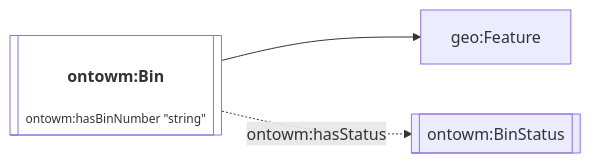
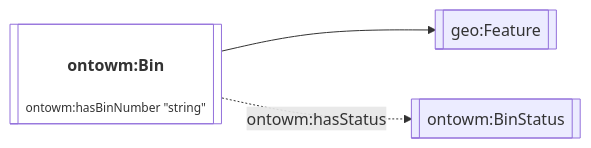
One commit to cambridge-cares/TheWorldAvatar changed diagram 13 of 13 in JPS_Ontology/ontology/ontowastemanagement/README.md. Above: the diagram before and after it, drawn with Mermaid. The commit also changed other lines of this file and 2 other files, not shown here.

````diff
--- a/JPS_Ontology/ontology/ontowastemanagement/README.md
+++ b/JPS_Ontology/ontology/ontowastemanagement/README.md
@@ -497,11 +497,11 @@
 ```mermaid
 flowchart LR
     %% Styling
     classDef literal fill:none
     classDef node overflow-wrap:break-word,text-wrap:pretty
     linkStyle default overflow-wrap:break-word,text-wrap:pretty;
 
     %% Contents
-    Bin[["<h4>ontowm:Bin</h4><p style='font-size:0.75rem;'>ontowm:hasBinNumber &quot;string&quot;</p>"]]:::literal --> Feature[geo:Feature]
+    Bin[["<h4>ontowm:Bin</h4><p style='font-size:0.75rem;'>ontowm:hasBinNumber &quot;string&quot;</p>"]]:::literal --> Feature[[geo:Feature]]
     Bin -. ontowm:hasStatus .-> BinStatus[[ontowm:BinStatus]]
 ```
````
